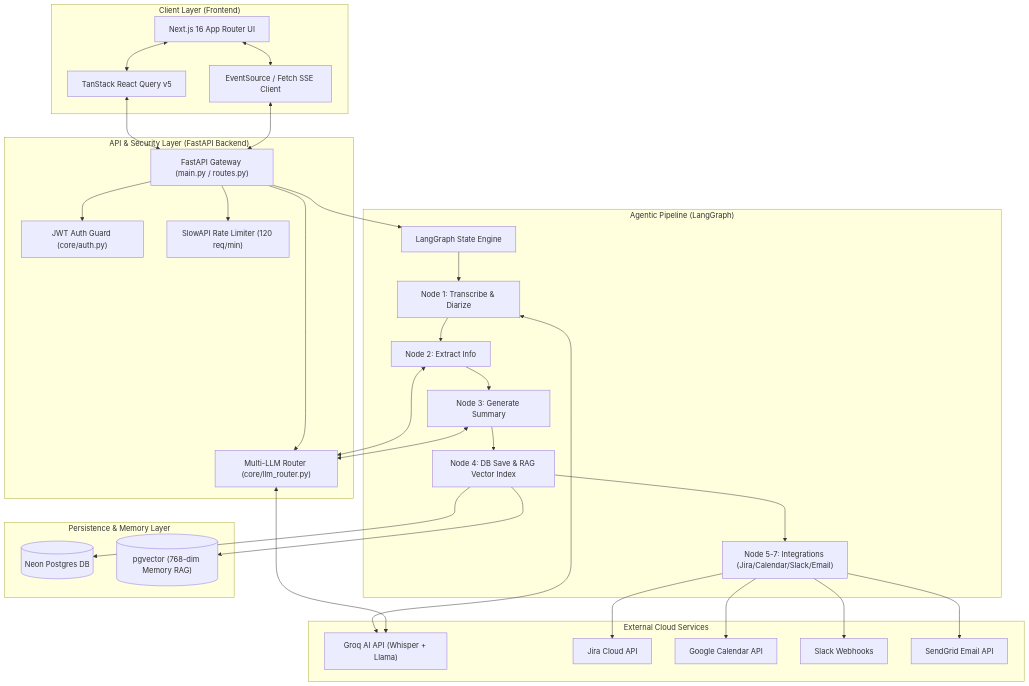
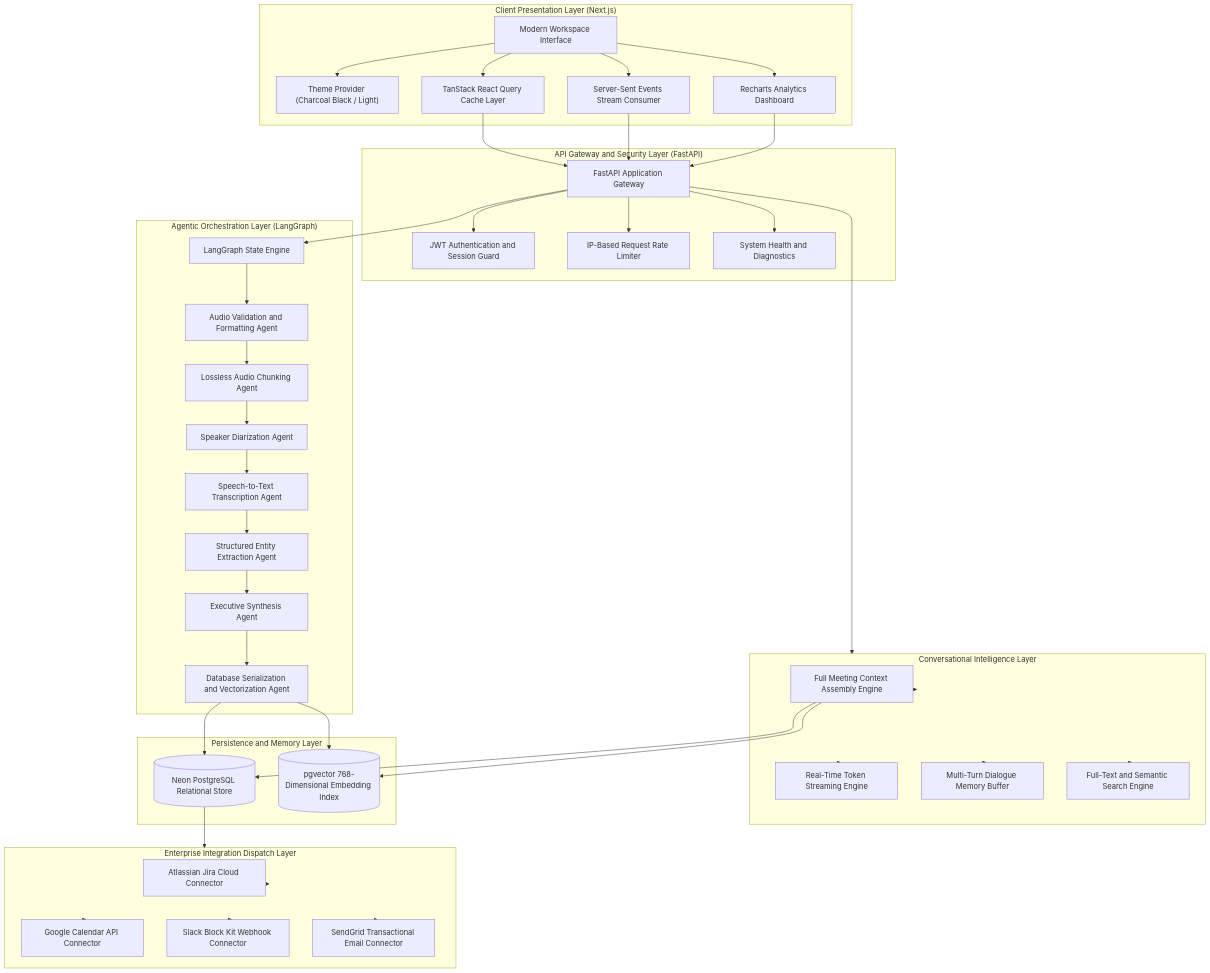
One commit to ultronop592/Meeting-Intelligence-Agent changed the first of 2 diagrams in Readme.md. Above: the diagram before and after it, drawn with Mermaid. The commit also changed other lines of this file, not shown here.

````diff
--- a/Readme.md
+++ b/Readme.md
@@ -44,59 +31,87 @@
 ```mermaid
 graph TB
-    subgraph "Client Layer (Frontend)"
-        UI["Next.js 16 App Router UI"]
-        AQ["TanStack React Query v5"]
-        SSE_Client["EventSource / Fetch SSE Client"]
+    subgraph ClientPresentationLayer ["Client Presentation Layer (Next.js)"]
+        UI["Modern Workspace Interface"]
+        ThemeEngine["Theme Provider (Charcoal Black / Light)"]
+        QueryClient["TanStack React Query Cache Layer"]
+        StreamHandler["Server-Sent Events Stream Consumer"]
+        AnalyticsUI["Recharts Analytics Dashboard"]
     end
 
-    subgraph "API & Security Layer (FastAPI Backend)"
-        GW["FastAPI Gateway (main.py / routes.py)"]
-        AUTH["JWT Auth Guard (core/auth.py)"]
-        RL["SlowAPI Rate Limiter (120 req/min)"]
-        ROUTER["Multi-LLM Router (core/llm_router.py)"]
+    subgraph APIGatewayLayer ["API Gateway and Security Layer (FastAPI)"]
+        Gateway["FastAPI Application Gateway"]
+        AuthGuard["JWT Authentication and Session Guard"]
+        RateLimiter["IP-Based Request Rate Limiter"]
+        HealthService["System Health and Diagnostics"]
     end
 
-    subgraph "Agentic Pipeline (LangGraph)"
-        LG["LangGraph State Engine"]
-        N1["Node 1: Transcribe & Diarize"]
-        N2["Node 2: Extract Info"]
-        N3["Node 3: Generate Summary"]
-        N4["Node 4: DB Save & RAG Vector Index"]
-        N5["Node 5-7: Integrations (Jira/Calendar/Slack/Email)"]
+    subgraph AgenticOrchestrationLayer ["Agentic Orchestration Layer (LangGraph)"]
+        GraphEngine["LangGraph State Engine"]
+        ValidationAgent["Audio Validation and Formatting Agent"]
+        SegmentationAgent["Lossless Audio Chunking Agent"]
+        DiarizationAgent["Speaker Diarization Agent"]
+        TranscriptionAgent["Speech-to-Text Transcription Agent"]
+        ExtractionAgent["Structured Entity Extraction Agent"]
+        SummaryAgent["Executive Synthesis Agent"]
+        StorageAgent["Database Serialization and Vectorization Agent"]
     end
 
-    subgraph "Persistence & Memory Layer"
-        PG[("Neon Postgres DB")]
-        VEC[("pgvector (768-dim Memory RAG)")]
+    subgraph ConversationalIntelligenceLayer ["Conversational Intelligence Layer"]
+        ContextAssembler["Full Meeting Context Assembly Engine"]
+        StreamingEngine["Real-Time Token Streaming Engine"]
+        ConversationalMemory["Multi-Turn Dialogue Memory Buffer"]
+        GlobalSearchEngine["Full-Text and Semantic Search Engine"]
     end
 
-    subgraph "External Cloud Services"
-        GROQ["Groq AI API (Whisper + Llama)"]
-        JIRA["Jira Cloud API"]
-        GCAL["Google Calendar API"]
-        SLACK["Slack Webhooks"]
-        SG["SendGrid Email API"]
+    subgraph PersistenceLayer ["Persistence and Memory Layer"]
+        RelationalDB[("Neon PostgreSQL Relational Store")]
+        VectorStore[("pgvector 768-Dimensional Embedding Index")]
     end
 
-    UI <--> AQ
-    UI <--> SSE_Client
-    AQ <--> GW
-    SSE_Client <--> GW
-    GW --> AUTH
-    GW --> RL
-    GW --> ROUTER
-    GW --> LG
+    subgraph EnterpriseIntegrationLayer ["Enterprise Integration Dispatch Layer"]
+        JiraConnector["Atlassian Jira Cloud Connector"]
+        CalendarConnector["Google Calendar API Connector"]
+        SlackConnector["Slack Block Kit Webhook Connector"]
+        EmailConnector["SendGrid Transactional Email Connector"]
+    end
 
-    LG --> N1 --> N2 --> N3 --> N4 --> N5
-    N1 <--> GROQ
-    N2 <--> ROUTER
-    N3 <--> ROUTER
-    ROUTER <--> GROQ
+    UI --> ThemeEngine
+    UI --> QueryClient
+    UI --> StreamHandler
+    UI --> AnalyticsUI
 
-    N4 --> PG
-    N4 --> VEC
-    N5 --> JIRA
-    N5 --> GCAL
-    N5 --> SLACK
-    N5 --> SG
+    QueryClient --> Gateway
+    StreamHandler --> Gateway
+    AnalyticsUI --> Gateway
+
+    Gateway --> AuthGuard
+    Gateway --> RateLimiter
+    Gateway --> HealthService
+
+    Gateway --> GraphEngine
+    Gateway --> ConversationalIntelligenceLayer
+
+    GraphEngine --> ValidationAgent
+    ValidationAgent --> SegmentationAgent
+    SegmentationAgent --> DiarizationAgent
+    DiarizationAgent --> TranscriptionAgent
+    TranscriptionAgent --> ExtractionAgent
+    ExtractionAgent --> SummaryAgent
+    SummaryAgent --> StorageAgent
+
+    StorageAgent --> RelationalDB
+    StorageAgent --> VectorStore
+
+    ConversationalIntelligenceLayer --> ContextAssembler
+    ContextAssembler --> RelationalDB
+    ContextAssembler --> VectorStore
+    ConversationalIntelligenceLayer --> StreamingEngine
+    ConversationalIntelligenceLayer --> ConversationalMemory
+    ConversationalIntelligenceLayer --> GlobalSearchEngine
+
+    RelationalDB --> EnterpriseIntegrationLayer
+    EnterpriseIntegrationLayer --> JiraConnector
+    EnterpriseIntegrationLayer --> CalendarConnector
+    EnterpriseIntegrationLayer --> SlackConnector
+    EnterpriseIntegrationLayer --> EmailConnector
 ```
````
